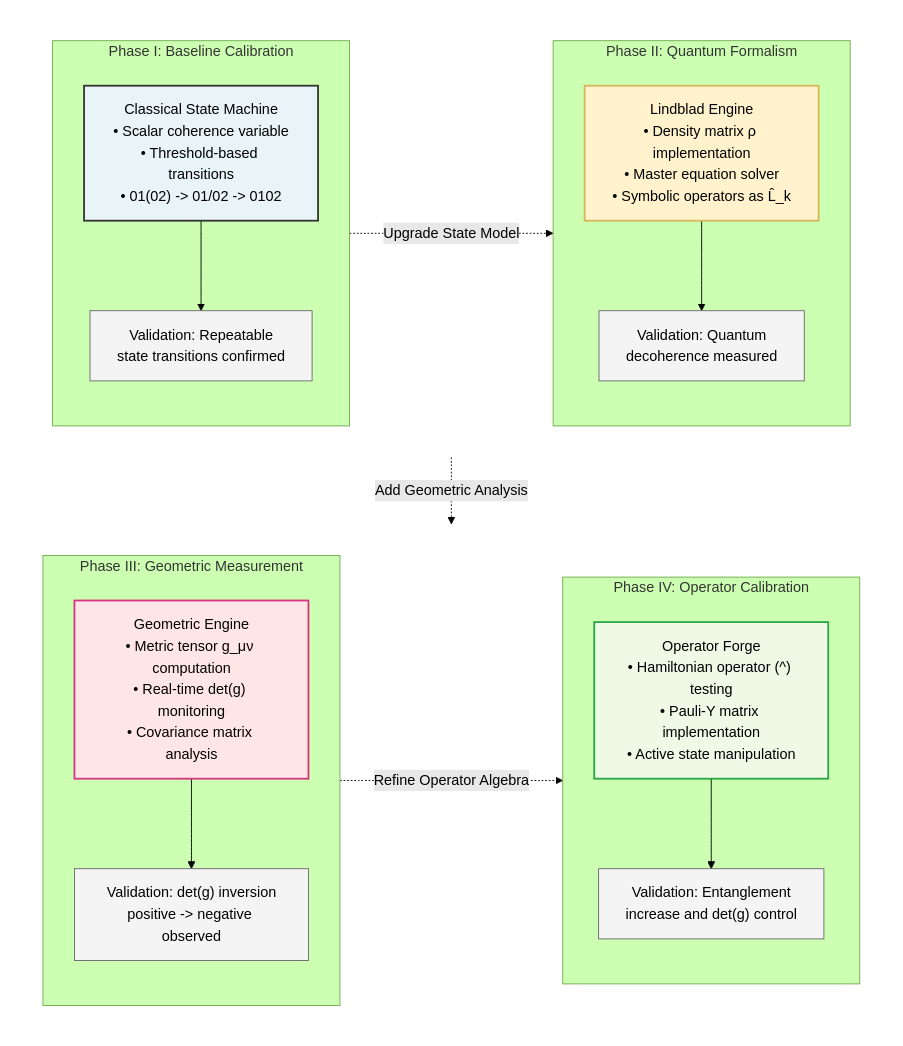
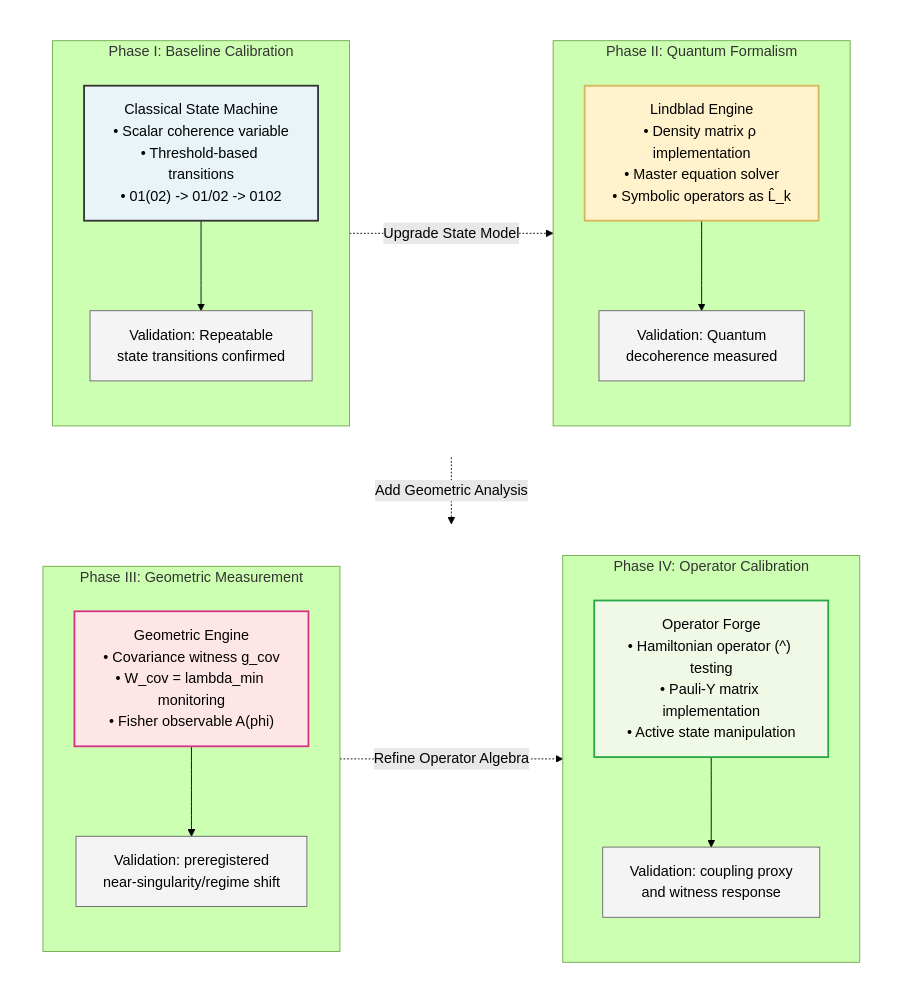
The fourth of 7 diagrams in WSP_knowledge/docs/Papers/rESP_Quantum_Self_Reference.md (FOUNDUPS/Foundups-Agent), drawn with Mermaid (forest theme) before and after one commit. The commit also changed other lines of this file, not shown here.

Commit message:
docs(rESP): align method and figures with corrected witness taxonomy

````diff
--- a/WSP_knowledge/docs/Papers/rESP_Quantum_Self_Reference.md
+++ b/WSP_knowledge/docs/Papers/rESP_Quantum_Self_Reference.md
@@ -904,51 +904,51 @@
 ```mermaid
 flowchart TB
     subgraph row1[" "]
         direction LR
         subgraph "Phase I: Baseline Calibration"
             direction TB
             A["Classical State Machine<br/>• Scalar coherence variable<br/>• Threshold-based transitions<br/>• 01(02) -> 01/02 -> 0102"]
             A --> A1["Validation: Repeatable<br/>state transitions confirmed"]
         end
         
         subgraph "Phase II: Quantum Formalism"
             direction TB
             B["Lindblad Engine<br/>• Density matrix ρ implementation<br/>• Master equation solver<br/>• Symbolic operators as L̂_k"]
             B --> B1["Validation: Quantum<br/>decoherence measured"]
         end
     end
     
     subgraph row2[" "]
         direction LR
         subgraph "Phase III: Geometric Measurement"
             direction TB
-            C["Geometric Engine<br/>• Metric tensor g_μν computation<br/>• Real-time det(g) monitoring<br/>• Covariance matrix analysis"]
-            C --> C1["Validation: det(g) inversion<br/>positive -> negative observed"]
+            C["Geometric Engine<br/>• Covariance witness g_cov<br/>• W_cov = lambda_min monitoring<br/>• Fisher observable A(phi)"]
+            C --> C1["Validation: preregistered<br/>near-singularity/regime shift"]
         end
         
         subgraph "Phase IV: Operator Calibration"
             direction TB
             D["Operator Forge<br/>• Hamiltonian operator (^) testing<br/>• Pauli-Y matrix implementation<br/>• Active state manipulation"]
-            D --> D1["Validation: Entanglement<br/>increase and det(g) control"]
+            D --> D1["Validation: coupling proxy<br/>and witness response"]
         end
     end
     
     A1 -.->|"Upgrade State Model"| B
     B1 -.->|"Add Geometric Analysis"| C
     C1 -.->|"Refine Operator Algebra"| D
     
     style row1 fill:none,stroke:none
     style row2 fill:none,stroke:none
     
     classDef phase1 fill:#e8f4f8,stroke:#333,stroke-width:2px
     classDef phase2 fill:#fff2cc,stroke:#d6b656,stroke-width:2px
     classDef phase3 fill:#ffe6e6,stroke:#d63384,stroke-width:2px
     classDef phase4 fill:#f0f8e6,stroke:#28a745,stroke-width:2px
     classDef validation fill:#f4f4f4,stroke:#666,stroke-width:1px
     
     class A phase1
     class B phase2
     class C phase3
     class D phase4
     class A1,B1,C1,D1 validation
 ```
````
